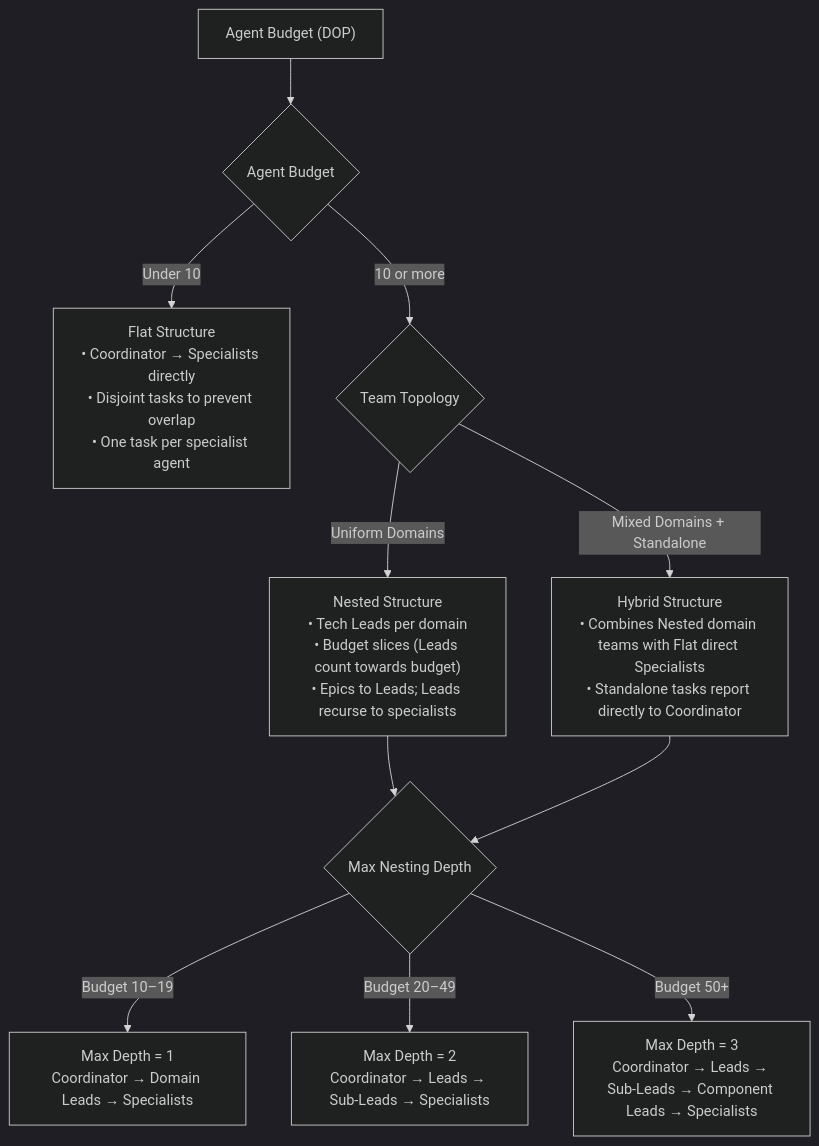
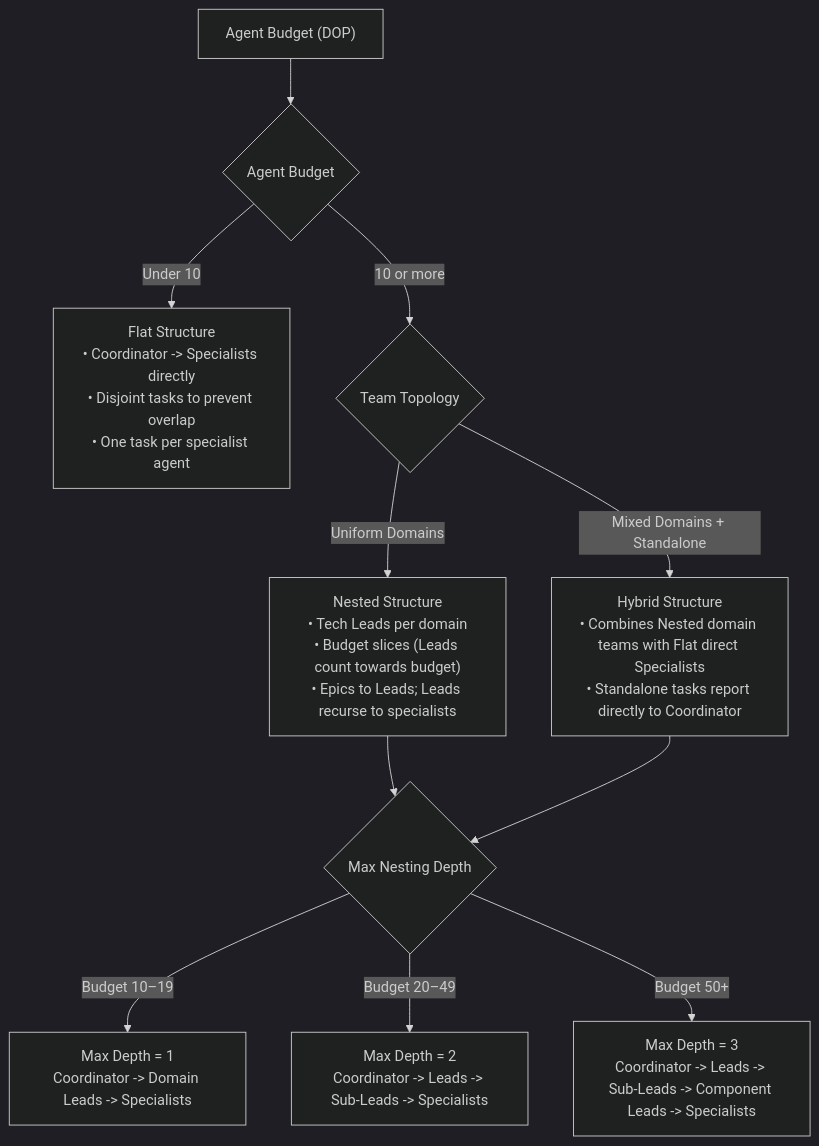
One commit to danicat/skills changed the first of 3 diagrams in agents/swarm-coding/SKILL.md. Above: the diagram before and after it, drawn with Mermaid (dark theme). The commit also changed other lines of this file and 28 other files, not shown here.

````diff
--- a/agents/swarm-coding/SKILL.md
+++ b/agents/swarm-coding/SKILL.md
@@ -63,19 +63,19 @@
 ```mermaid
 flowchart TD
     Budget["Agent Budget (DOP)"] --> Check{"Agent Budget"}
 
-    Check -->|"Under 10"| Flat["Flat Structure\n• Coordinator → Specialists directly\n• Disjoint tasks to prevent overlap\n• One task per specialist agent"]
+    Check -->|"Under 10"| Flat["Flat Structure\n• Coordinator -> Specialists directly\n• Disjoint tasks to prevent overlap\n• One task per specialist agent"]
 
     Check -->|"10 or more"| ShapeCheck{"Team Topology"}
 
     ShapeCheck -->|"Uniform Domains"| Nested["Nested Structure\n• Tech Leads per domain\n• Budget slices (Leads count towards budget)\n• Epics to Leads; Leads recurse to specialists"]
 
     ShapeCheck -->|"Mixed Domains + Standalone"| Hybrid["Hybrid Structure\n• Combines Nested domain teams with Flat direct Specialists\n• Standalone tasks report directly to Coordinator"]
 
     Nested --> Depth{"Max Nesting Depth"}
     Hybrid --> Depth
 
-    Depth -->|"Budget 10–19"| D1["Max Depth = 1\nCoordinator → Domain Leads → Specialists"]
-    Depth -->|"Budget 20–49"| D2["Max Depth = 2\nCoordinator → Leads → Sub-Leads → Specialists"]
-    Depth -->|"Budget 50+"| D3["Max Depth = 3\nCoordinator → Leads → Sub-Leads → Component Leads → Specialists"]
+    Depth -->|"Budget 10–19"| D1["Max Depth = 1\nCoordinator -> Domain Leads -> Specialists"]
+    Depth -->|"Budget 20–49"| D2["Max Depth = 2\nCoordinator -> Leads -> Sub-Leads -> Specialists"]
+    Depth -->|"Budget 50+"| D3["Max Depth = 3\nCoordinator -> Leads -> Sub-Leads -> Component Leads -> Specialists"]
 ```
````
